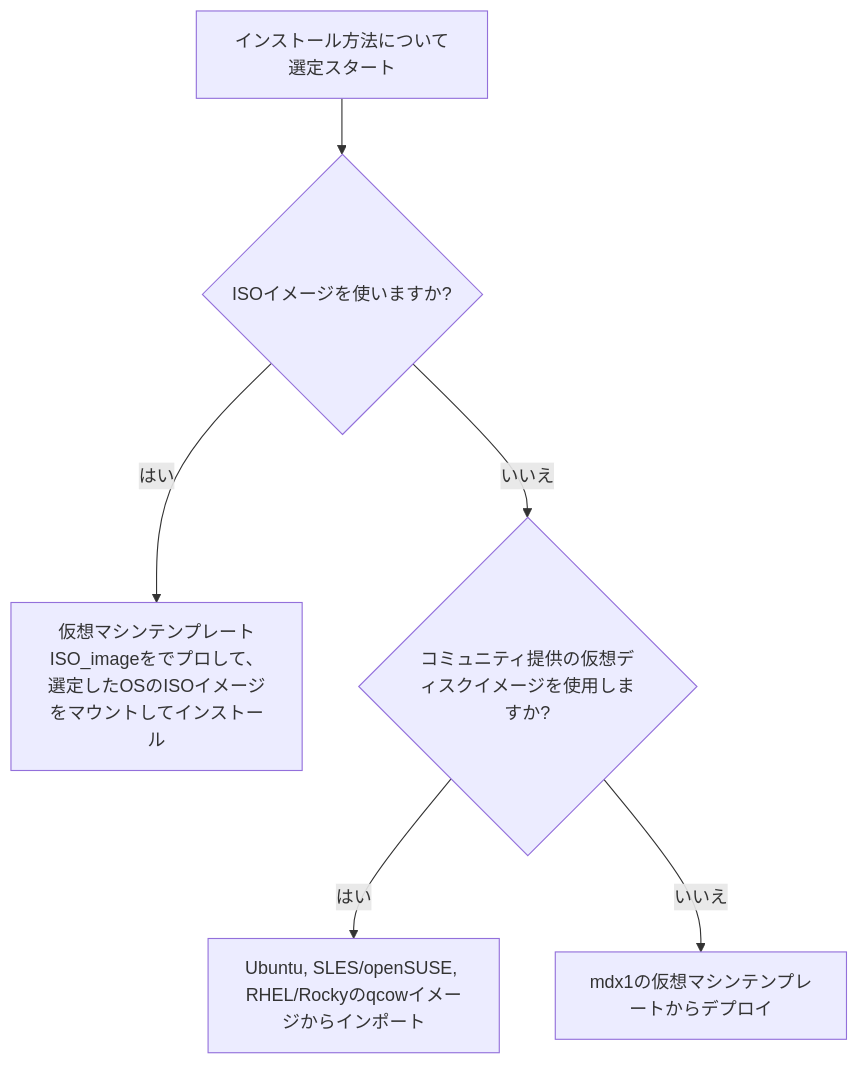
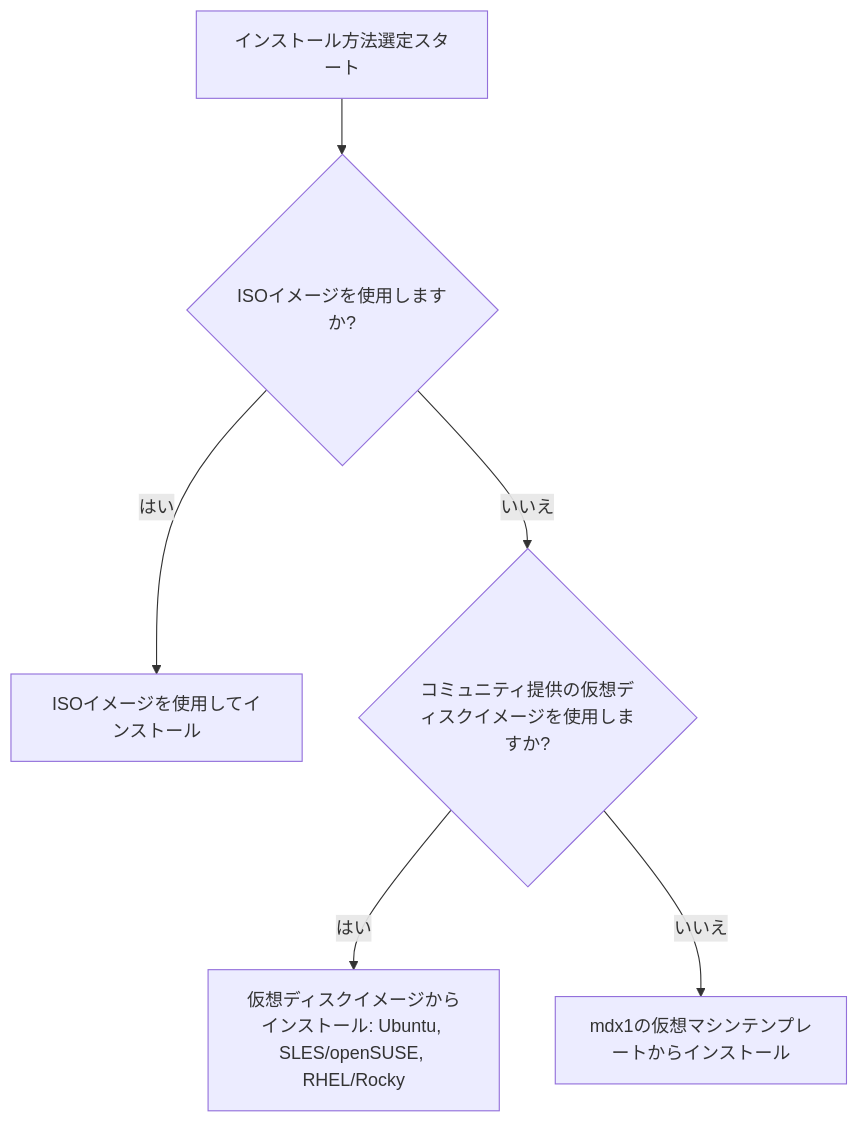
The second of 2 diagrams in docs/os_selection.md (tk4terui/mdx1), drawn with Mermaid before and after one commit. The commit also changed other lines of this file, not shown here.

````diff
--- a/docs/os_selection.md
+++ b/docs/os_selection.md
@@ -113,8 +113,8 @@
 ```mermaid
 graph TD
-    A[インストール方法について選定スタート] --> B{ISOイメージを使いますか?}
-    B -- はい --> C[仮想マシンテンプレートISO_imageをでプロして、選定したOSのISOイメージをマウントしてインストール]
+    A[インストール方法選定スタート] --> B{ISOイメージを使用しますか?}
+    B -- はい --> C[ISOイメージを使用してインストール]
     B -- いいえ --> D{コミュニティ提供の仮想ディスクイメージを使用しますか?}
-    D -- はい --> E[Ubuntu, SLES/openSUSE, RHEL/Rockyのqcowイメージからインポート]
-    D -- いいえ --> F[mdx1の仮想マシンテンプレートからデプロイ]
+    D -- はい --> E[仮想ディスクイメージからインストール: Ubuntu, SLES/openSUSE, RHEL/Rocky]
+    D -- いいえ --> F[mdx1の仮想マシンテンプレートからインストール]
 ```
````
